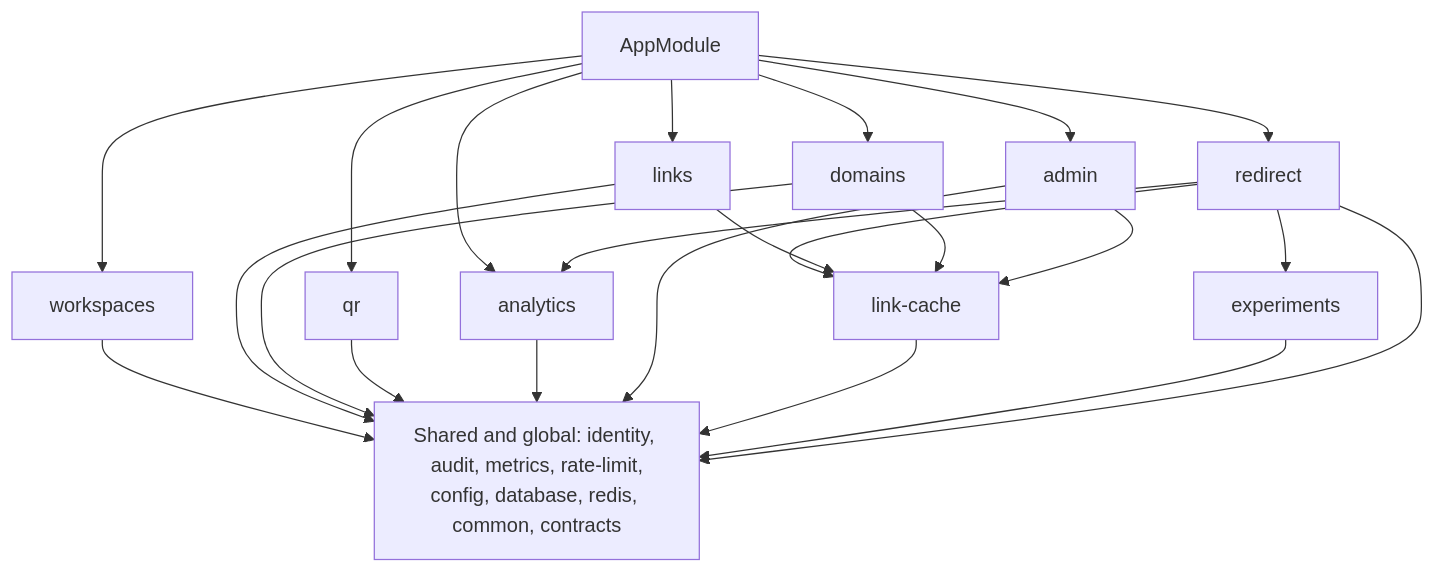
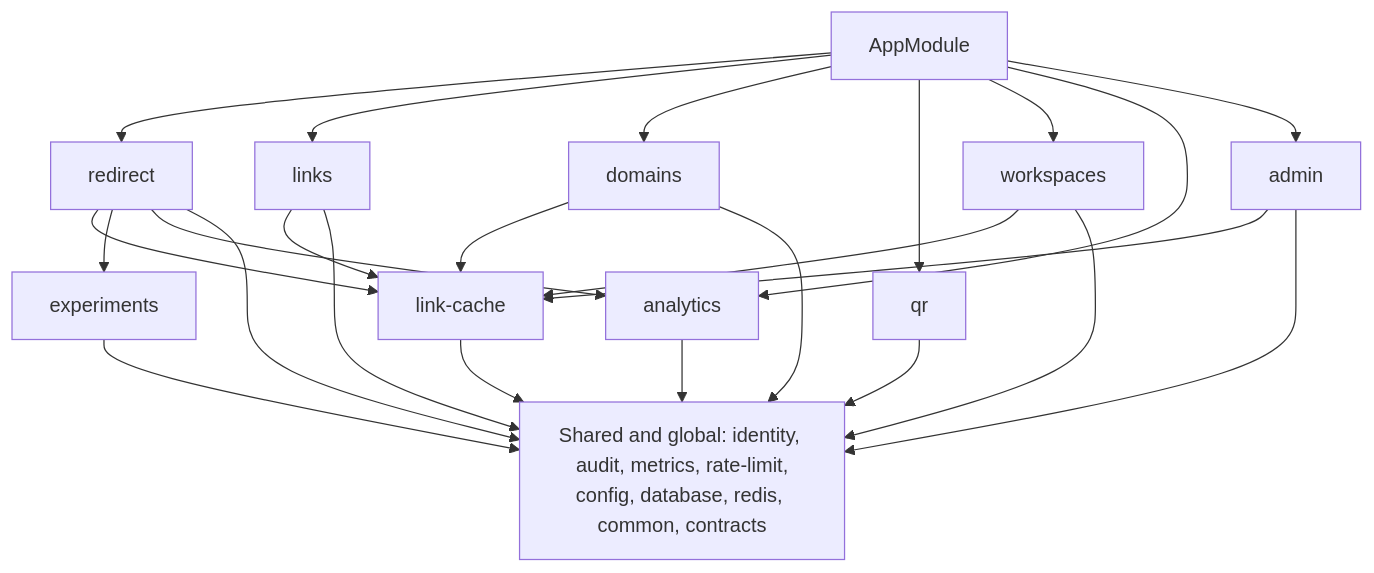
One commit to 3376016376joshua-oss/url-shortener changed the fourth of 4 diagrams in docs/PRD.md. Above: the diagram before and after it, drawn with Mermaid. The commit also changed other lines of this file and 25 other files, not shown here.

````diff
--- a/docs/PRD.md
+++ b/docs/PRD.md
@@ -917,26 +944,27 @@
 ```mermaid
 flowchart TD
   app[AppModule] --> redirect[redirect]
   app --> links[links]
   app --> domains[domains]
   app --> qr[qr]
   app --> workspaces[workspaces]
   app --> analytics[analytics]
   app --> admin[admin]
   redirect --> linkcache[link-cache]
   redirect --> experiments[experiments]
   redirect --> analytics
   links --> linkcache
   domains --> linkcache
   admin --> linkcache
+  workspaces --> linkcache
   workspaces --> shared
   links --> shared
   domains --> shared
   qr --> shared
   analytics --> shared
   admin --> shared
   linkcache --> shared
   experiments --> shared
   redirect --> shared
   shared[Shared and global: identity, audit, metrics, rate-limit,<br/>config, database, redis, common, contracts]
 ```
````
